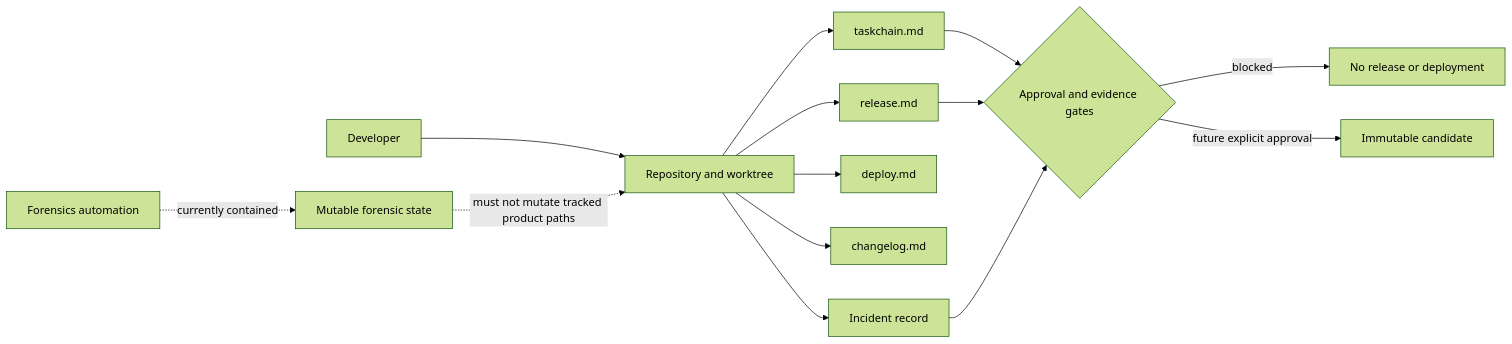
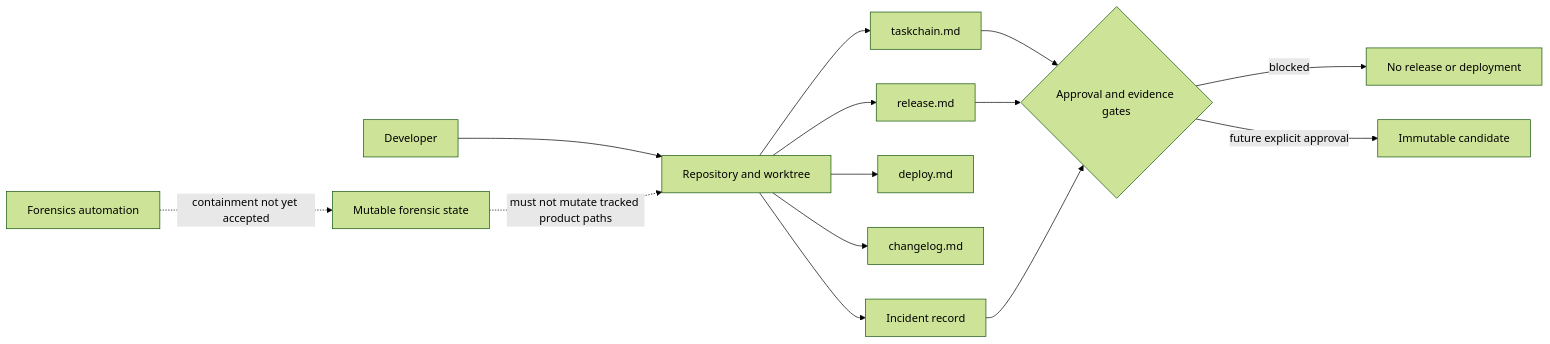
One commit to aevespers2/datarepo-temporal-invariants changed the third of 4 diagrams in docs/architecture.md. Above: the diagram before and after it, drawn with Mermaid (forest theme). The commit also changed other lines of this file, not shown here.

Commit message:
docs: keep forensics containment status fail-closed

````diff
--- a/docs/architecture.md
+++ b/docs/architecture.md
@@ -95,18 +95,18 @@
 ```mermaid
 flowchart LR
     DEV[Developer] --> GIT[Repository and worktree]
     GIT --> PLAN[taskchain.md]
     GIT --> REL[release.md]
     GIT --> DEP[deploy.md]
     GIT --> CHG[changelog.md]
     GIT --> INC[Incident record]
 
-    AUTO[Forensics automation] -. currently contained .-> STATE[Mutable forensic state]
+    AUTO[Forensics automation] -. containment not yet accepted .-> STATE[Mutable forensic state]
     STATE -. must not mutate tracked product paths .-> GIT
 
     PLAN --> GATE{Approval and evidence gates}
     REL --> GATE
     INC --> GATE
     GATE -->|blocked| STOP[No release or deployment]
     GATE -->|future explicit approval| CAND[Immutable candidate]
 ```
````
